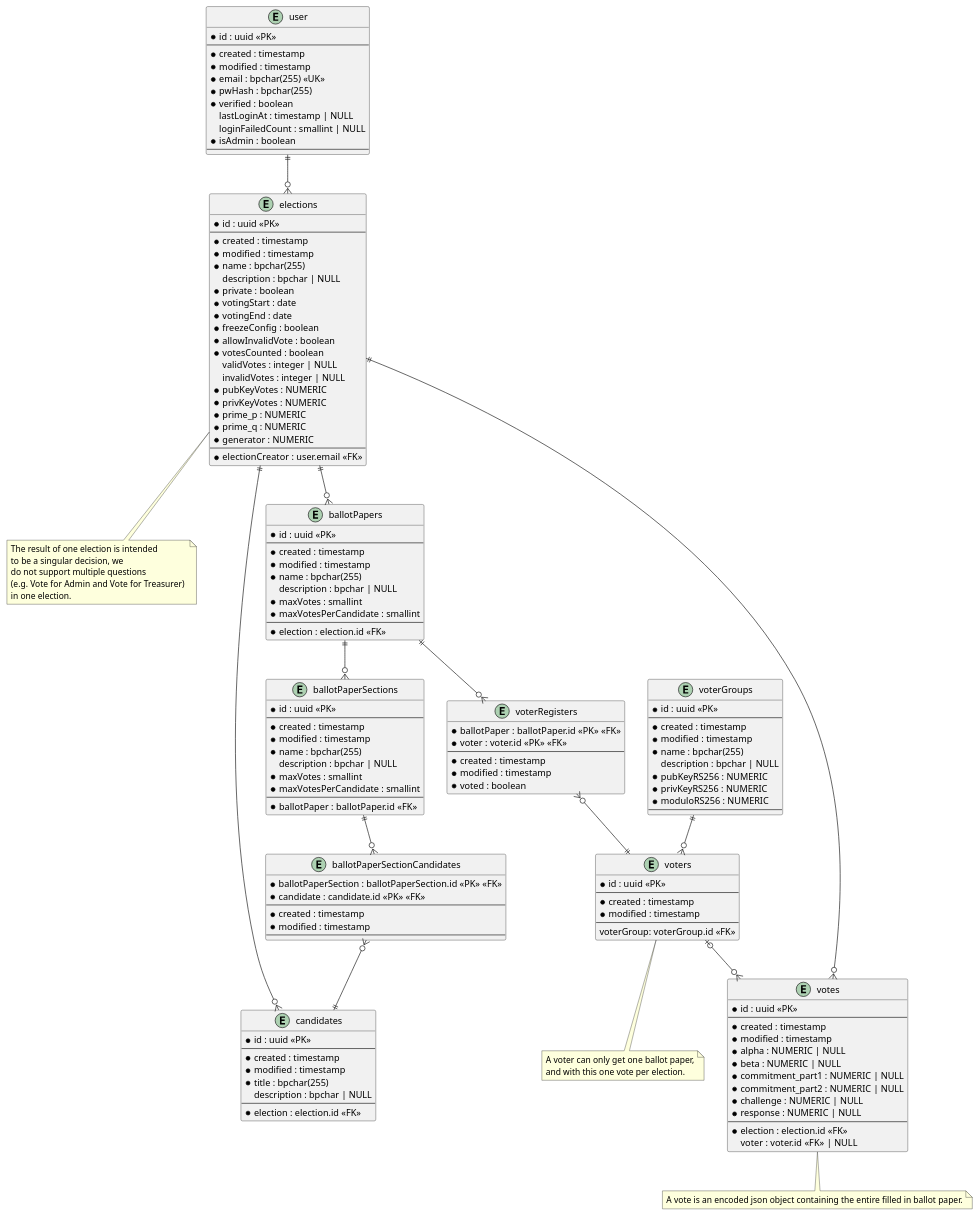
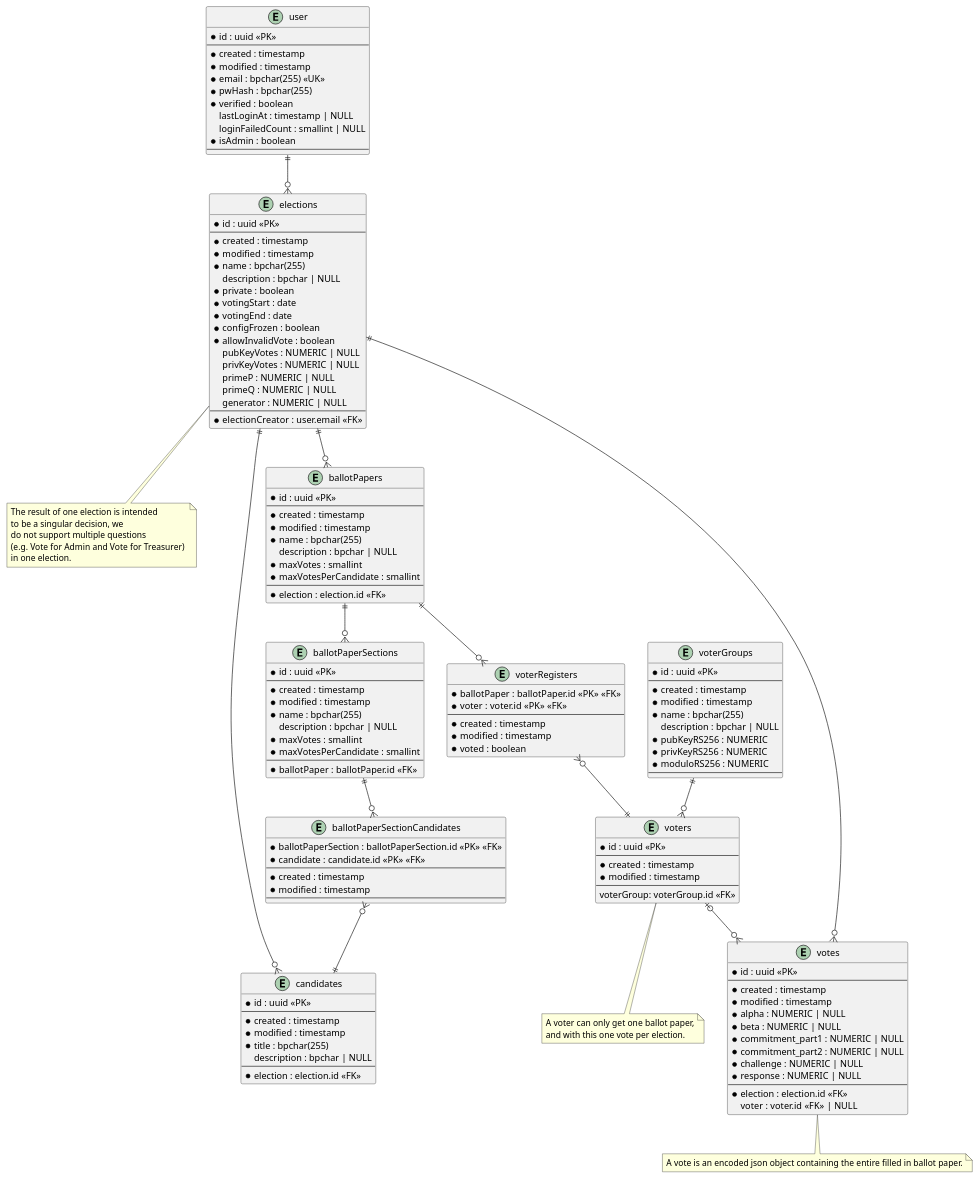
Before and after one commit to SE-UUlm/votura: the diagram in apps/docs/static/uml/dataModel.puml, drawn with PlantUML. The commit also changed 8 other files, not shown here.

```diff
--- a/apps/docs/static/uml/dataModel.puml
+++ b/apps/docs/static/uml/dataModel.puml
@@ -1,173 +1,174 @@
 @startuml dataModel
 
 entity "user" as user {
     * id : uuid <<PK>>
     --
     * created : timestamp
     * modified : timestamp
     * email : bpchar(255) <<UK>>
     * pwHash : bpchar(255)
     * verified : boolean
     lastLoginAt : timestamp | NULL
     loginFailedCount : smallint | NULL
     * isAdmin : boolean
     --
 }
 
 
 entity "elections" as elections {
     * id : uuid <<PK>>
     --
     * created : timestamp
     * modified : timestamp
     * name : bpchar(255)
     description : bpchar | NULL
     * private : boolean
     * votingStart : date
     * votingEnd : date
-    * freezeConfig : boolean
+    * configFrozen : boolean
     * allowInvalidVote : boolean
-    * votesCounted : boolean
+    ' Is there a use case for `votesCounted`?
+    ' * votesCounted : boolean
     ' Computed values such as validVotes and invalidVotes are critical - do we really want to store them?
-    validVotes : integer | NULL
-    invalidVotes : integer | NULL
-    * pubKeyVotes : NUMERIC
-    * privKeyVotes : NUMERIC
-    * prime_p : NUMERIC 
-    * prime_q : NUMERIC
-    * generator : NUMERIC
+    ' validVotes : integer | NULL
+    ' invalidVotes : integer | NULL
+    pubKeyVotes : NUMERIC | NULL
+    privKeyVotes : NUMERIC | NULL
+    primeP : NUMERIC | NULL
+    primeQ : NUMERIC | NULL
+    generator : NUMERIC | NULL
     --
     * electionCreator : user.email <<FK>>
 }
 
 note as N2
 The result of one election is intended 
 to be a singular decision, we 
 do not support multiple questions 
 (e.g. Vote for Admin and Vote for Treasurer) 
 in one election.
 end note
 
 entity "ballotPapers" as ballotPapers {
     * id : uuid <<PK>>
     --
     * created : timestamp
     * modified : timestamp
     * name : bpchar(255)
     description : bpchar | NULL
     * maxVotes : smallint
     * maxVotesPerCandidate : smallint
     --
     * election : election.id <<FK>>
 }
 
 entity "ballotPaperSections" as ballotPaperSections {
     * id : uuid <<PK>>
     --
     * created : timestamp
     * modified : timestamp
     * name : bpchar(255)
     description : bpchar | NULL
     * maxVotes : smallint
     * maxVotesPerCandidate : smallint
     --
     * ballotPaper : ballotPaper.id <<FK>>
 }
 ' note as C_2
 ' If at least two ballotPaperSections are created for one ballotPaper, 
 ' the name field of the ballotPaperSections is mandatory.
 ' end note
 
 entity "ballotPaperSectionCandidates" as ballotPaperSectionCandidates {
     * ballotPaperSection : ballotPaperSection.id <<PK>> <<FK>>
     * candidate : candidate.id <<PK>> <<FK>>
     --
     * created : timestamp
     * modified : timestamp
     --
 }
 
 entity "candidates" as candidates {
     * id : uuid <<PK>>
     --
     * created : timestamp
     * modified : timestamp
     * title : bpchar(255)
     description : bpchar | NULL
     --
     * election : election.id <<FK>>
 }
 
 entity "votes" as votes {
     * id : uuid <<PK>>
     --
     * created : timestamp
     * modified : timestamp
     * alpha : NUMERIC | NULL
     * beta : NUMERIC | NULL
     * commitment_part1 : NUMERIC | NULL
     * commitment_part2 : NUMERIC | NULL
     * challenge : NUMERIC | NULL
     * response : NUMERIC | NULL
     --
     * election : election.id <<FK>>
     ' if the vote isn't secret, voter can be saved
     voter : voter.id <<FK>> | NULL
 }
 note as N4
 A vote is an encoded json object containing the entire filled in ballot paper.
 end note
 
 entity "voterRegisters" as voterRegisters {
     * ballotPaper : ballotPaper.id <<PK>> <<FK>>
     * voter : voter.id <<PK>> <<FK>>
     --
     * created : timestamp
     * modified : timestamp
     * voted : boolean
 }
 
 entity "voters" as voters {
     * id : uuid <<PK>>
     --
     * created : timestamp
     * modified : timestamp
     --
     voterGroup: voterGroup.id <<FK>>
 }
 note as N3
 A voter can only get one ballot paper,
 and with this one vote per election.
 end note
 
 entity "voterGroups" as voterGroups {
     * id : uuid <<PK>>
     --
     * created : timestamp
     * modified : timestamp
     * name : bpchar(255)
     description : bpchar | NULL
     * pubKeyRS256 : NUMERIC
     * privKeyRS256 : NUMERIC
     * moduloRS256 : NUMERIC
     --
 }
 
 user ||--o{ elections
 elections ||--o{ ballotPapers
 elections -- N2
 elections ||--o{ candidates
 ballotPapers ||--o{ voterRegisters
 voterRegisters }o--|| voters
 ballotPapers ||--o{ ballotPaperSections
 ' ballotPaperSections -- C_2
 ballotPaperSections ||--o{ ballotPaperSectionCandidates
 ballotPaperSectionCandidates }o--|| candidates
 votes }o--|| elections
 voters |o--o{ votes
 voterGroups ||--o{ voters
 voters -- N3
 votes -- N4
 
 
 @enduml
```
